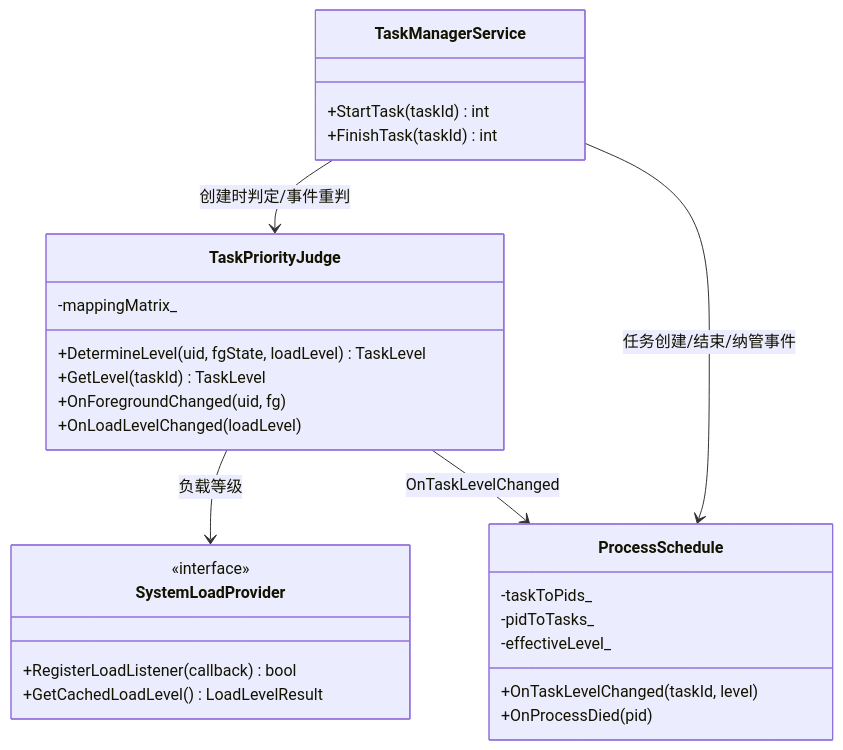
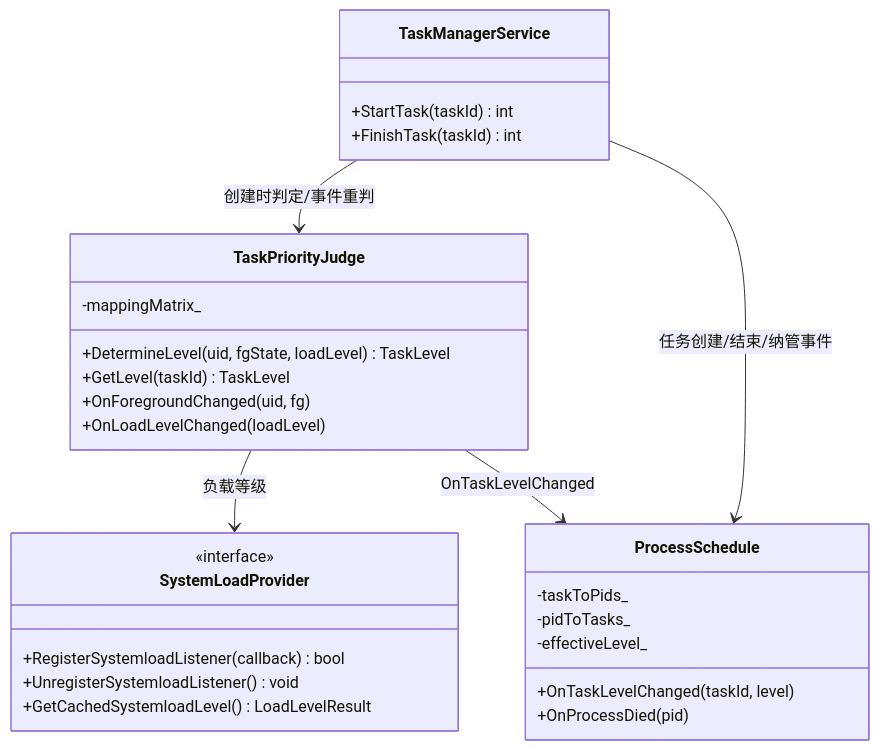
The second of 3 diagrams in .codespec/changes/20260914692273/design.md (xuanjiazhen/ability_ability_runtime), drawn with Mermaid before and after one commit. The commit also changed other lines of this file and 1 other file, not shown here.

````diff
--- a/.codespec/changes/20260914692273/design.md
+++ b/.codespec/changes/20260914692273/design.md
@@ -207,30 +216,31 @@
 ```mermaid
 classDiagram
     class TaskManagerService {
         +StartTask(taskId) int
         +FinishTask(taskId) int
     }
     class TaskPriorityJudge {
         +DetermineLevel(uid, fgState, loadLevel) TaskLevel
         +GetLevel(taskId) TaskLevel
         +OnForegroundChanged(uid, fg)
         +OnLoadLevelChanged(loadLevel)
         -mappingMatrix_
     }
     class SystemLoadProvider {
         <<interface>>
-        +RegisterLoadListener(callback) bool
-        +GetCachedLoadLevel() LoadLevelResult
+        +RegisterSystemloadListener(callback) bool
+        +UnregisterSystemloadListener() void
+        +GetCachedSystemloadLevel() LoadLevelResult
     }
     class ProcessSchedule {
         +OnTaskLevelChanged(taskId, level)
         +OnProcessDied(pid)
         -taskToPids_
         -pidToTasks_
         -effectiveLevel_
     }
     TaskManagerService --> TaskPriorityJudge : 创建时判定/事件重判
     TaskPriorityJudge --> SystemLoadProvider : 负载等级
     TaskManagerService --> ProcessSchedule : 任务创建/结束/纳管事件
     TaskPriorityJudge --> ProcessSchedule : OnTaskLevelChanged
 ```
````
